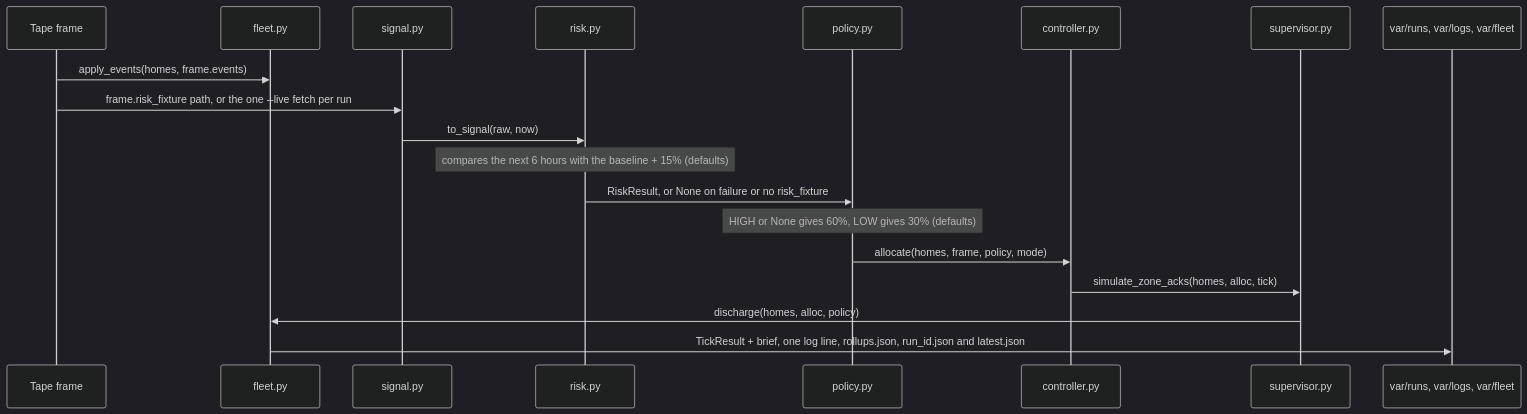
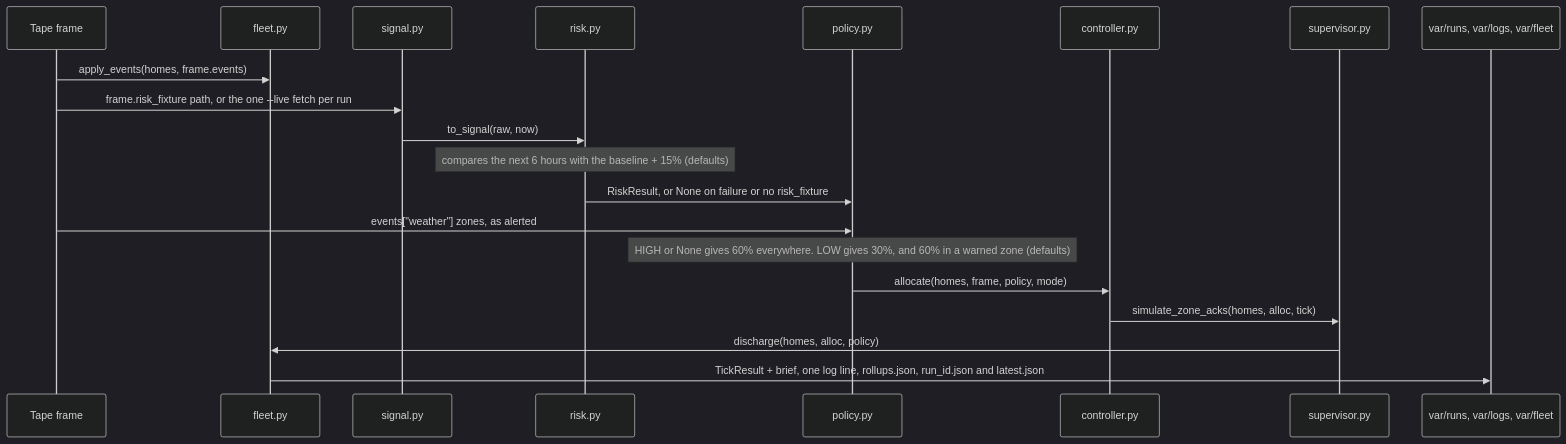
One commit to yeruvamaheswar/storm-prep-signal changed the second of 4 diagrams in docs/agents/code-flow.md. Above: the diagram before and after it, drawn with Mermaid (dark theme). The commit also changed other lines of this file and 3 other files, not shown here.

Commit message:
Tape weather event raises only the warned zones' floors; refresh code-flow for orchestrate_tick and state.json

````diff
--- a/docs/agents/code-flow.md
+++ b/docs/agents/code-flow.md
@@ -105,22 +105,23 @@
 ```mermaid
 sequenceDiagram
   participant Tape as Tape frame
   participant Fleet as fleet.py
   participant Signal as signal.py
   participant Risk as risk.py
   participant Policy as policy.py
   participant Ctrl as controller.py
   participant Sup as supervisor.py
   participant Out as var/runs, var/logs, var/fleet
 
   Tape->>Fleet: apply_events(homes, frame.events)
   Tape->>Signal: frame.risk_fixture path, or the one --live fetch per run
   Signal->>Risk: to_signal(raw, now)
   Note over Risk: compares the next 6 hours with the baseline + 15% (defaults)
   Risk->>Policy: RiskResult, or None on failure or no risk_fixture
-  Note over Policy: HIGH or None gives 60%, LOW gives 30% (defaults)
+  Tape->>Policy: events["weather"] zones, as alerted
+  Note over Policy: HIGH or None gives 60% everywhere. LOW gives 30%, and 60% in a warned zone (defaults)
   Policy->>Ctrl: allocate(homes, frame, policy, mode)
   Ctrl->>Sup: simulate_zone_acks(homes, alloc, tick)
   Sup->>Fleet: discharge(homes, alloc, policy)
   Fleet->>Out: TickResult + brief, one log line, rollups.json, run_id.json and latest.json
 ```
````
